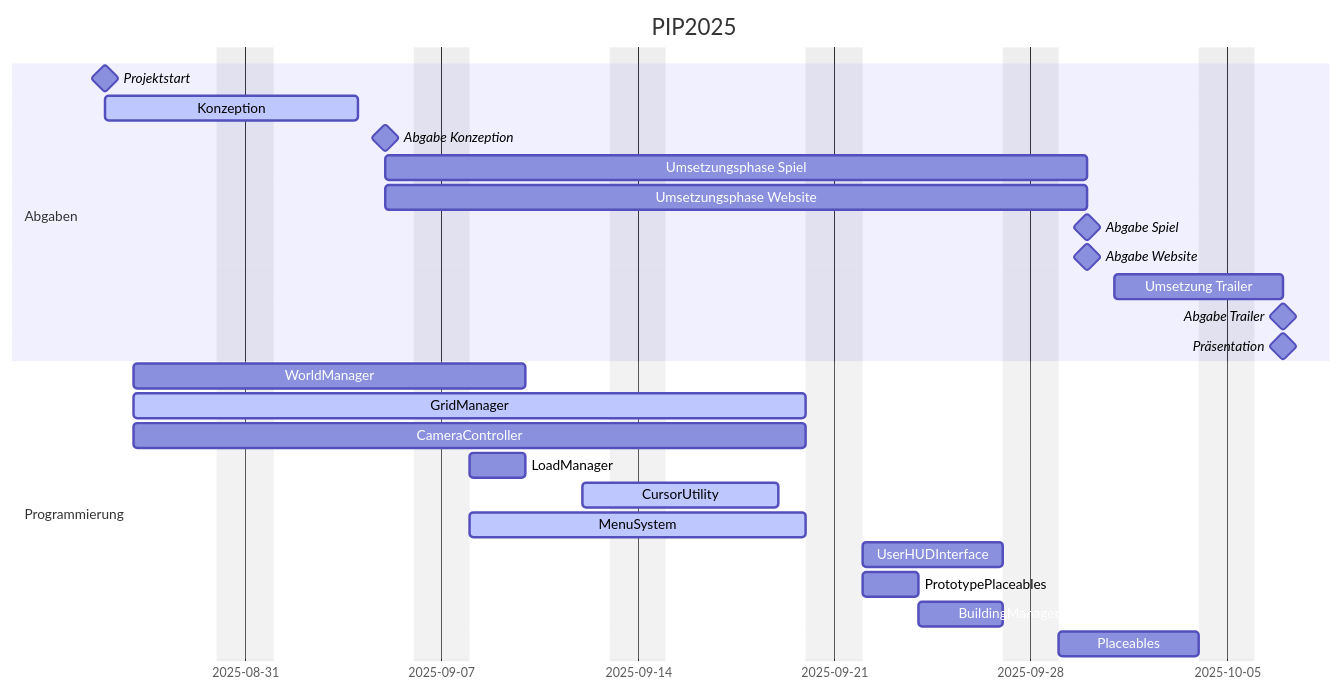
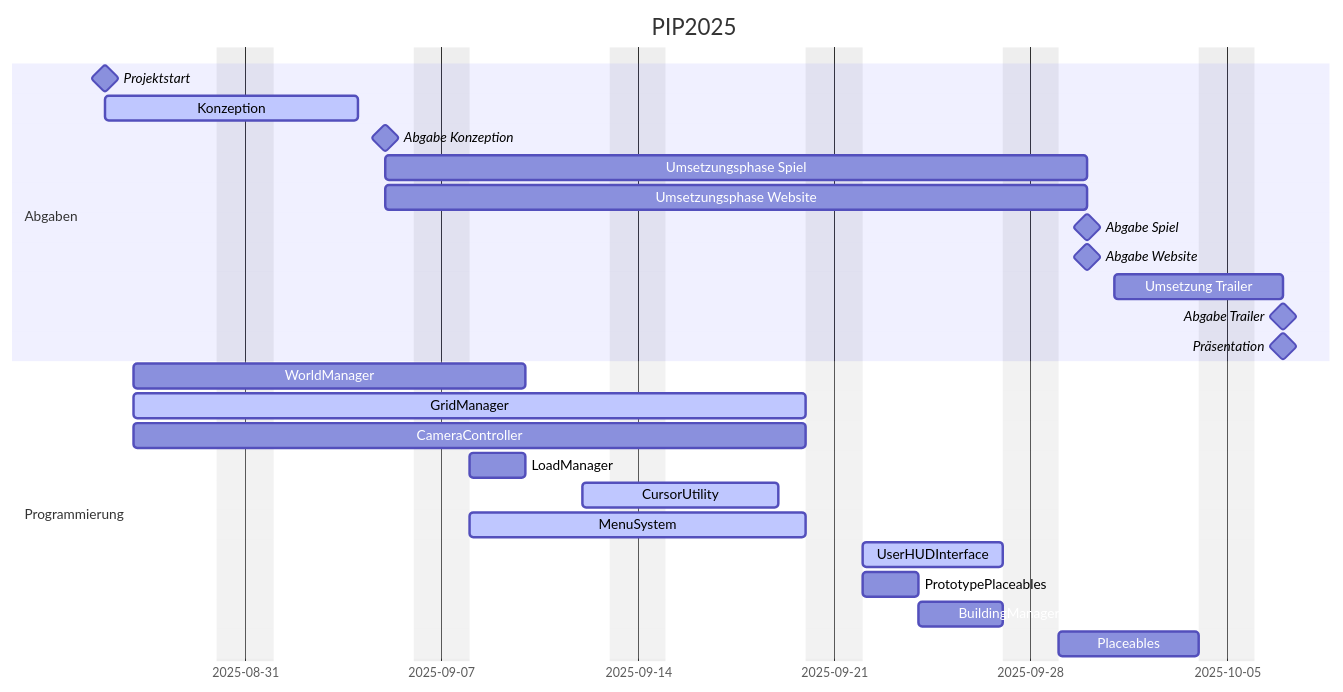
Before and after one commit to Gruppe-8-PIP-2025/projekt: the diagram in README.md, drawn with Mermaid.

````diff
--- a/README.md
+++ b/README.md
@@ -2,38 +2,38 @@
 ```mermaid
 gantt
     title PIP2025
     dateFormat  YYYY-MM-DD
     excludes    weekends
 %%%%%%%%%%%%%%%%%%
 %%   Abgaben    %%
 %%%%%%%%%%%%%%%%%%
 
 section Abgaben
 
 Projektstart            : milestone,  m0,   2025-08-26,     0d
 Konzeption              : active,     k0,   after m0,       2025-09-04
 Abgabe Konzeption       : milestone,  m1,   2025-09-05,     0d
 Umsetzungsphase Spiel   :             g1,   2025-09-05,     2025-09-30
 Umsetzungsphase Website :             g2,   2025-09-05,     2025-09-30
 Abgabe Spiel            : milestone,  m2,   2025-09-30,     0d
 Abgabe Website          : milestone,  m3,   2025-09-30,     0d
 Umsetzung Trailer       :             g2,   2025-10-01,     2025-10-07 
 Abgabe Trailer          : milestone,  m4,   2025-10-07,     0d
 Präsentation            : milestone,  m5,   2025-10-07,     0d
 
 %%%%%%%%%%%%%%%%%%%%
 %% Programmierung %%
 %%%%%%%%%%%%%%%%%%%%
 section Programmierung
 
 WorldManager           : worldmanager, 2025-08-27, 2025-09-10
 GridManager            : active, gridmanager, 2025-08-27, 18d
 CameraController       : cameracontroller, 2025-08-27, 18d
 LoadManager            : loadmanager, 2025-09-08, 2025-09-10
 CursorUtility          : active, cursorutility, 2025-09-12, 5d
 MenuSystem             : active, menusystem, 2025-09-08, 10d
-UserHUDInterface       : userhudinterface, after menusystem, 5d
+UserHUDInterface       : active, userhudinterface, after menusystem, 5d
 PrototypePlaceables    : prototypeplaceables, after gridmanager cameracontroller, 2d 
 BuildingManager        : buildingmanager, after prototypeplaceables, 3d
 Placeables             : placeables, after buildingmanager, 5d
 ```
````
